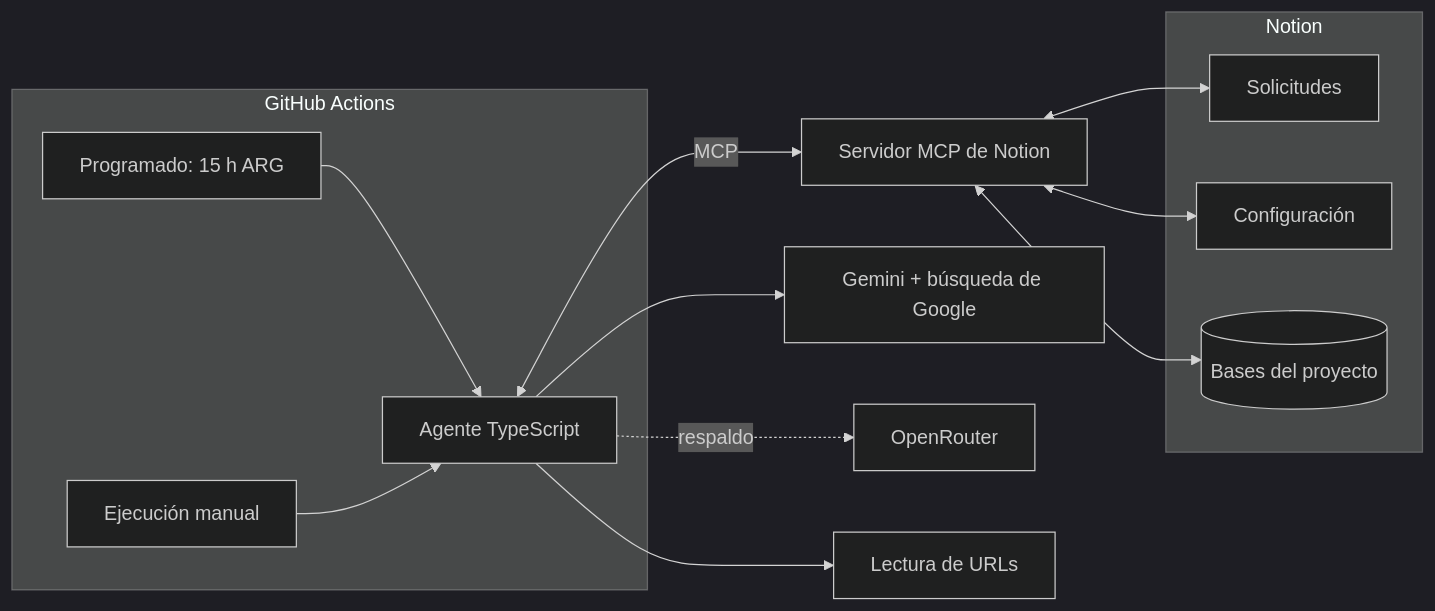
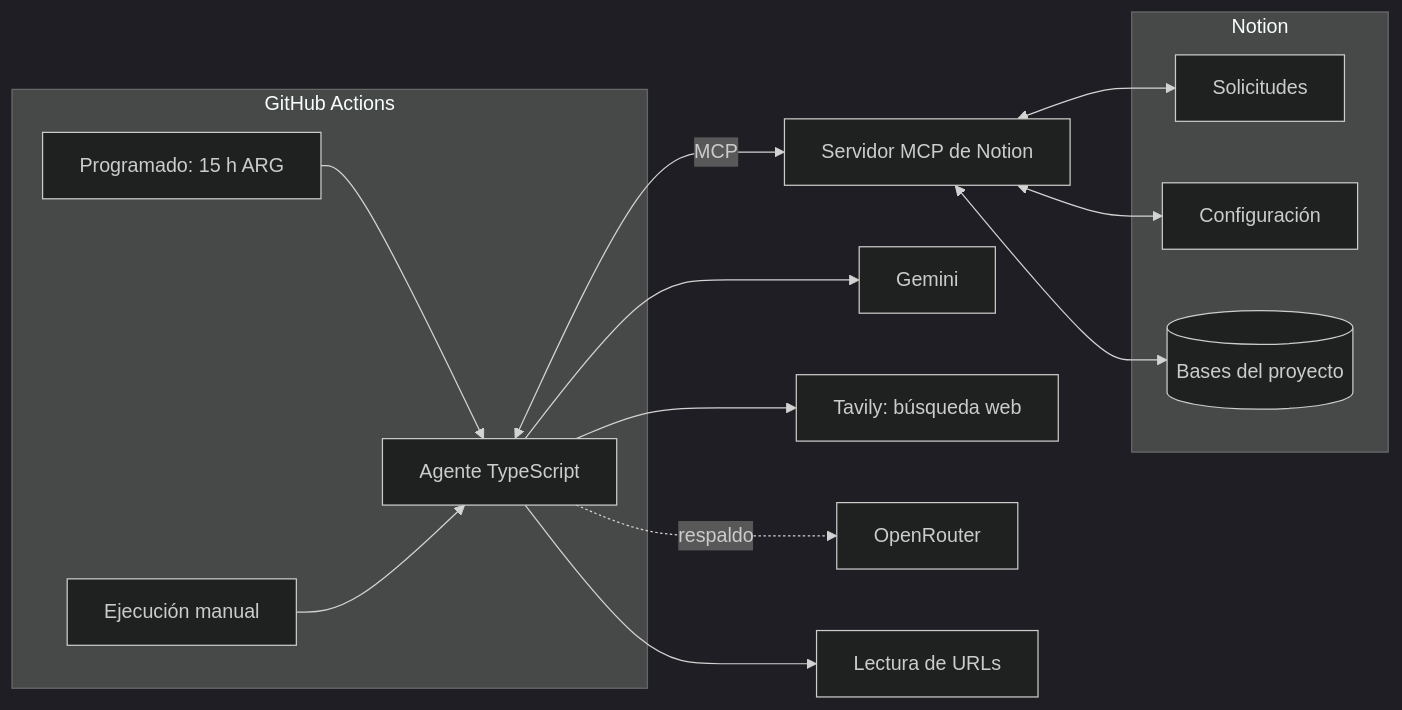
The first of 2 diagrams in docs/05-diseno-tecnico.md (abellatuf/User-Persona-Agente), drawn with Mermaid (dark theme) before and after one commit. The commit also changed other lines of this file and 4 other files, not shown here.

````diff
--- a/docs/05-diseno-tecnico.md
+++ b/docs/05-diseno-tecnico.md
@@ -7,19 +7,20 @@
 ```mermaid
 flowchart LR
     subgraph Notion
         SOL[Solicitudes]
         CFG[Configuración]
         DB[(Bases del proyecto)]
     end
     subgraph GH[GitHub Actions]
         CRON[Programado: 15 h ARG] --> AG[Agente TypeScript]
         MAN[Ejecución manual] --> AG
     end
     AG <-- MCP --> NMCP[Servidor MCP de Notion]
     NMCP <--> SOL
     NMCP <--> CFG
     NMCP <--> DB
-    AG --> GEM[Gemini + búsqueda de Google]
+    AG --> GEM[Gemini]
+    AG --> TAV[Tavily: búsqueda web]
     AG -. respaldo .-> OR[OpenRouter]
     AG --> URL[Lectura de URLs]
 ```
````
